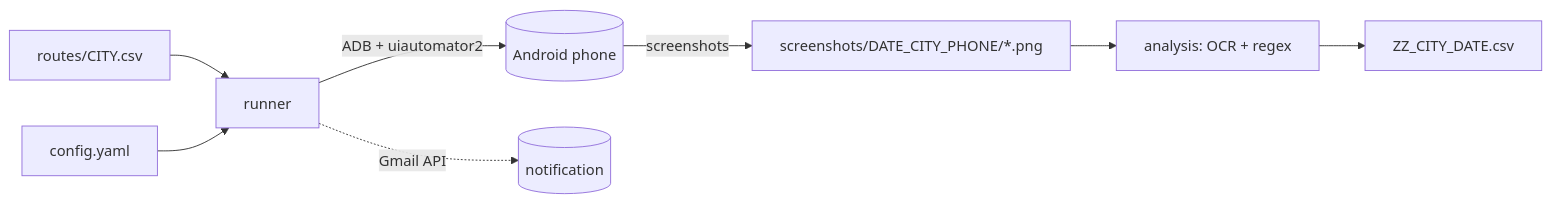
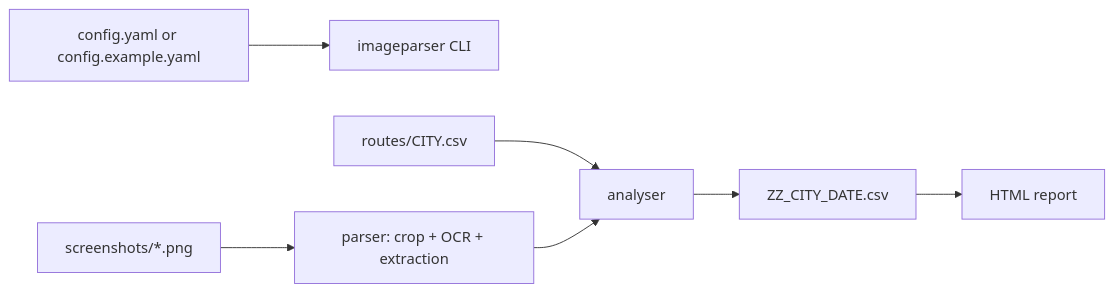
Before and after one commit to xiangqing-au/ImageParser: the diagram in docs/DESIGN.md, drawn with Mermaid. The commit also changed other lines of this file and 46 other files, not shown here.

````diff
--- a/docs/DESIGN.md
+++ b/docs/DESIGN.md
@@ -14,10 +9,9 @@
 ```mermaid
 flowchart LR
-    R[routes/CITY.csv] --> RUN[runner]
-    CFG[config.yaml] --> RUN
-    RUN -->|ADB + uiautomator2| PHONE[(Android phone)]
-    PHONE -->|screenshots| SHOTS[screenshots/DATE_CITY_PHONE/*.png]
-    SHOTS --> OCR[analysis: OCR + regex]
-    OCR --> CSV[ZZ_CITY_DATE.csv]
-    RUN -.->|Gmail API| MAIL[(notification)]
+    CFG[config.yaml or config.example.yaml] --> CLI[imageparser CLI]
+    ROUTES[routes/CITY.csv] --> BATCH[analyser]
+    SHOTS[screenshots/*.png] --> OCR[parser: crop + OCR + extraction]
+    OCR --> BATCH
+    BATCH --> CSV[ZZ_CITY_DATE.csv]
+    CSV --> REPORT[HTML report]
 ```
````
